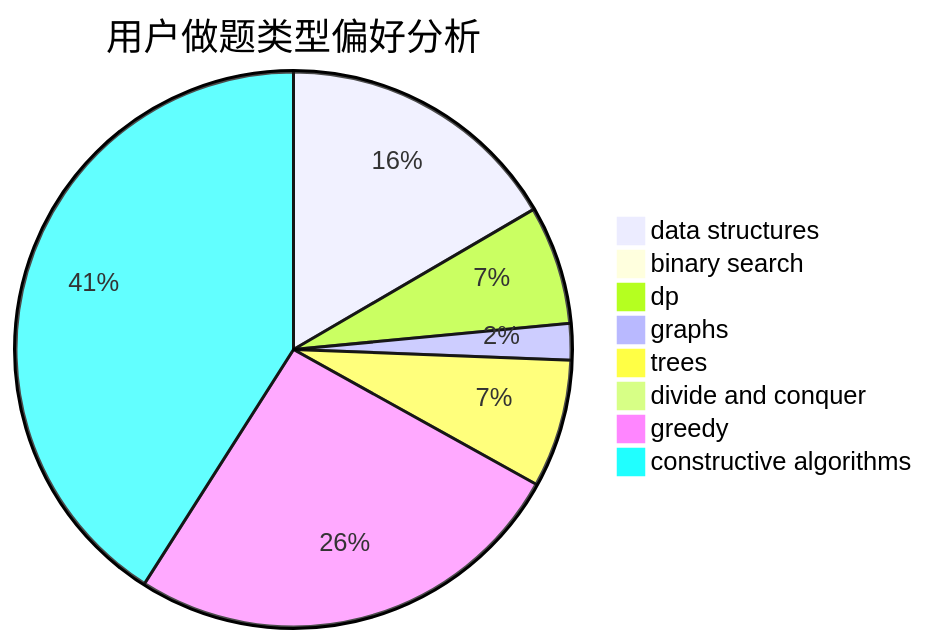
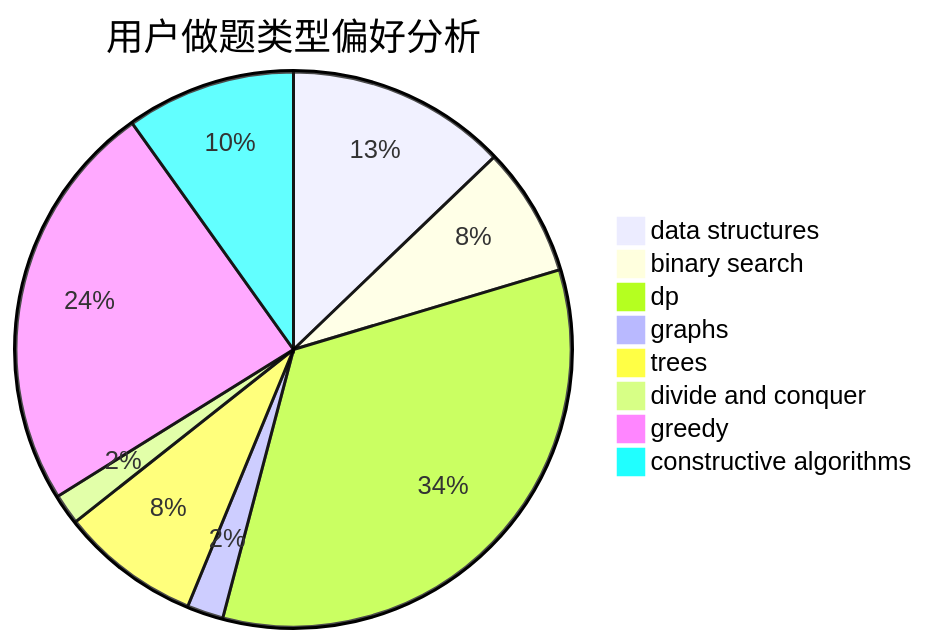
Before and after one commit to sherpahu/cfrs.github.io: the second of 3 diagrams in docs/user/u822.md, drawn with Mermaid. The commit also changed other lines of this file and 2770 other files, not shown here.

````diff
--- a/docs/user/u822.md
+++ b/docs/user/u822.md
@@ -23,11 +23,11 @@
 ```mermaid
 pie title 用户做题类型偏好分析
-    "data structures" :  149
-    "binary search" :  8
-    "dp" :  62
-    "graphs" :  19
-    "trees" :  67
-    "divide and conquer" :  0
-    "greedy" :  233
-    "constructive algorithms" :  368
+    "data structures" :  194
+    "binary search" :  114
+    "dp" :  510
+    "graphs" :  32
+    "trees" :  123
+    "divide and conquer" :  27
+    "greedy" :  363
+    "constructive algorithms" :  149
 ```
````
